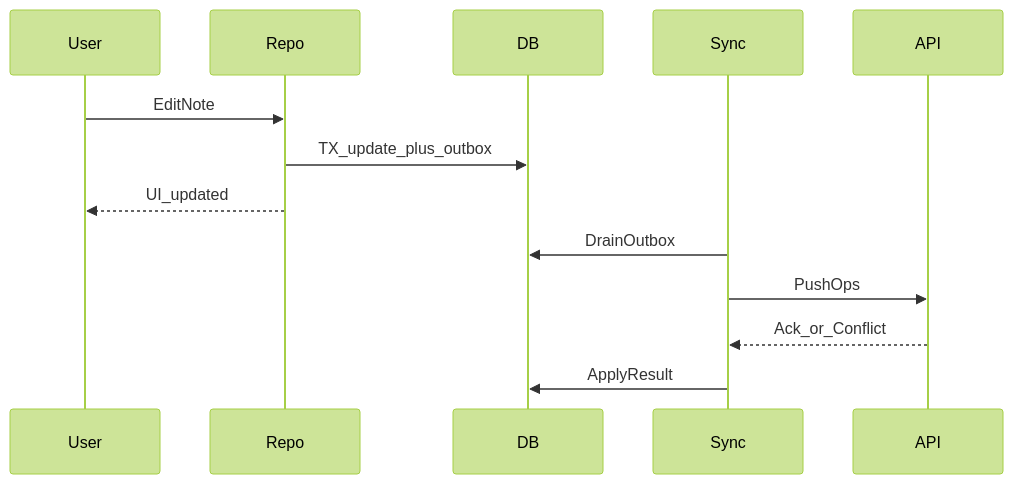
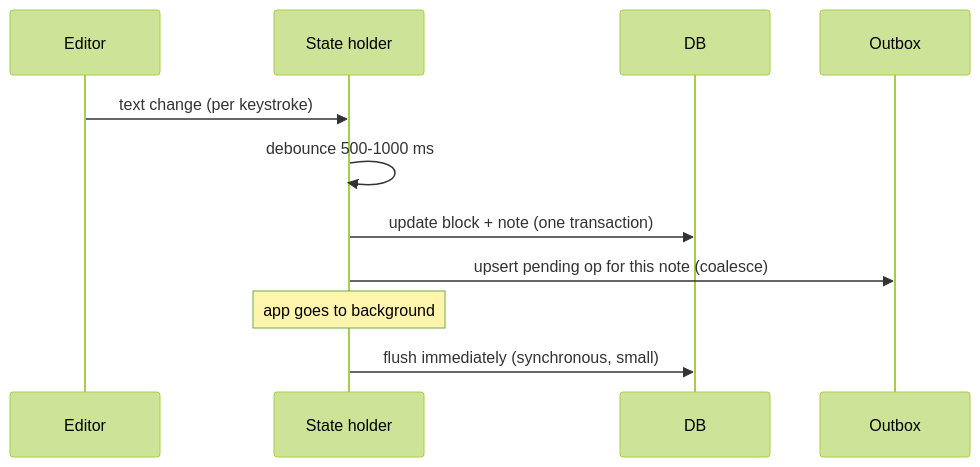
One commit to yadavsandeep24/san_system_design changed the second of 2 diagrams in book/part-3-consumer-apps/22-offline-notes.md. Above: the diagram before and after it, drawn with Mermaid (forest theme). The commit also changed other lines of this file, not shown here.

````diff
--- a/book/part-3-consumer-apps/22-offline-notes.md
+++ b/book/part-3-consumer-apps/22-offline-notes.md
@@ -57,15 +133,13 @@
 ```mermaid
 sequenceDiagram
-  participant U as User
-  participant Repo
+  participant E as Editor
+  participant VM as State holder
   participant DB
-  participant Sync
-  participant API
-  U->>Repo: EditNote
-  Repo->>DB: TX_update_plus_outbox
-  Repo-->>U: UI_updated
-  Sync->>DB: DrainOutbox
-  Sync->>API: PushOps
-  API-->>Sync: Ack_or_Conflict
-  Sync->>DB: ApplyResult
+  participant OB as Outbox
+  E->>VM: text change (per keystroke)
+  VM->>VM: debounce 500-1000 ms
+  VM->>DB: update block + note (one transaction)
+  VM->>OB: upsert pending op for this note (coalesce)
+  Note over VM: app goes to background
+  VM->>DB: flush immediately (synchronous, small)
 ```
````
